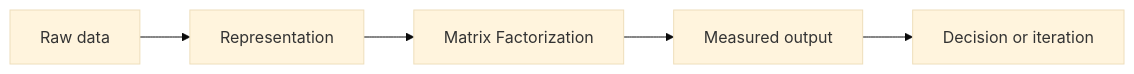
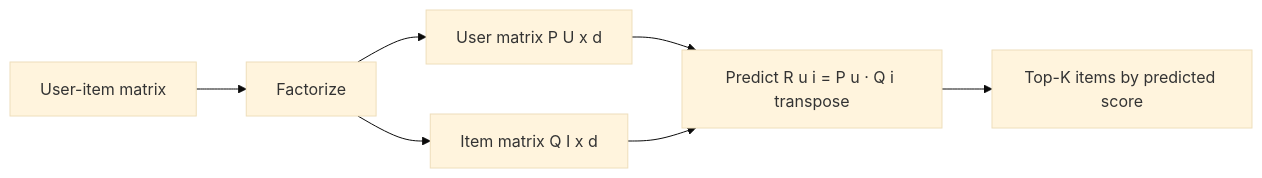
One commit to Icon1cc/Machine-Learning changed the diagram in recommender-systems/04-matrix-factorization.md. Above: the diagram before and after it, drawn with Mermaid (base theme). The commit also changed other lines of this file and 264 other files, not shown here.

````diff
--- a/recommender-systems/04-matrix-factorization.md
+++ b/recommender-systems/04-matrix-factorization.md
@@ -92,7 +299,9 @@
 ```mermaid
 flowchart LR
-    A[Raw data] --> B[Representation]
-    B --> C[Matrix Factorization]
-    C --> D[Measured output]
-    D --> E[Decision or iteration]
+    R[User-item matrix] --> F[Factorize]
+    F --> P[User matrix P U x d]
+    F --> Q[Item matrix Q I x d]
+    P --> Pred[Predict R u i = P u · Q i transpose]
+    Q --> Pred
+    Pred --> Rec[Top-K items by predicted score]
 ```
````
